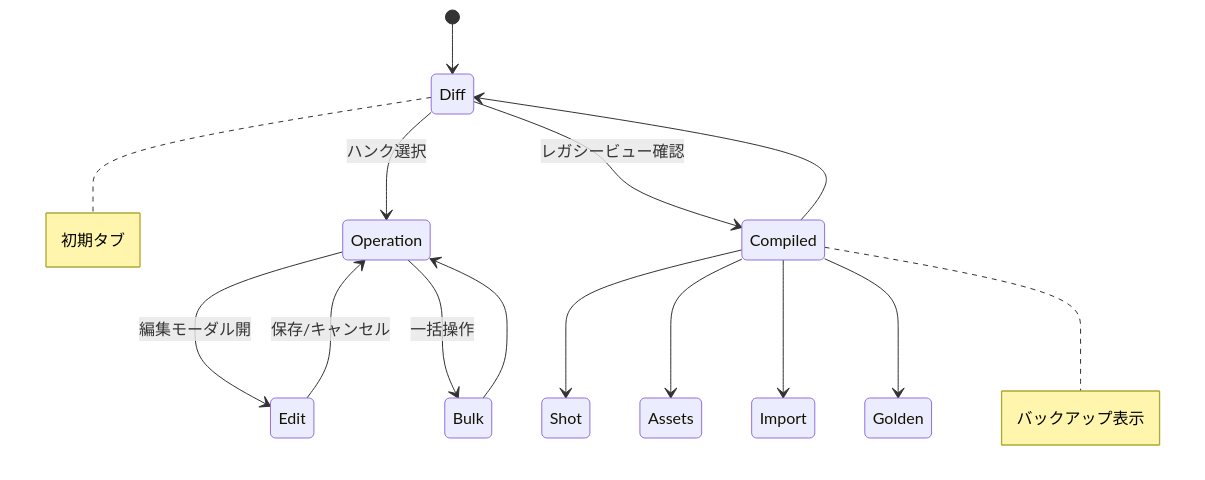
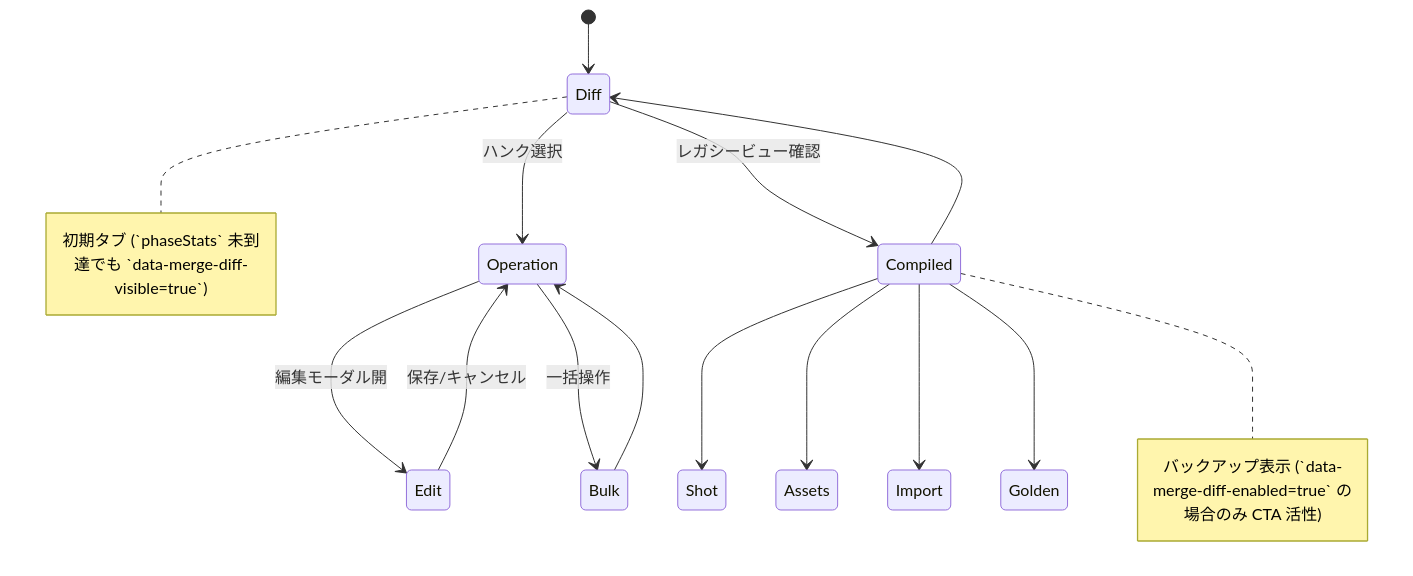
One commit to RNA4219/Conimgponic changed the fourth of 12 diagrams in docs/IMPLEMENTATION-PLAN.md. Above: the diagram before and after it, drawn with Mermaid. The commit also changed other lines of this file and 5 other files, not shown here.

Commit message:
Expose guarded Diff tab for merge precision

````diff
--- a/docs/IMPLEMENTATION-PLAN.md
+++ b/docs/IMPLEMENTATION-PLAN.md
@@ -139,17 +139,17 @@
 ```mermaid
 stateDiagram-v2
     [*] --> Diff
     Diff --> Operation: ハンク選択
     Operation --> Edit: 編集モーダル開
     Edit --> Operation: 保存/キャンセル
     Operation --> Bulk: 一括操作
     Bulk --> Operation
     Diff --> Compiled: レガシービュー確認
     Compiled --> Diff
     Compiled --> Shot
     Compiled --> Assets
     Compiled --> Import
     Compiled --> Golden
-    note right of Diff: 初期タブ
-    note right of Compiled: バックアップ表示
+    note right of Diff: 初期タブ (`phaseStats` 未到達でも `data-merge-diff-visible=true`)
+    note right of Compiled: バックアップ表示 (`data-merge-diff-enabled=true` の場合のみ CTA 活性)
 ```
````
